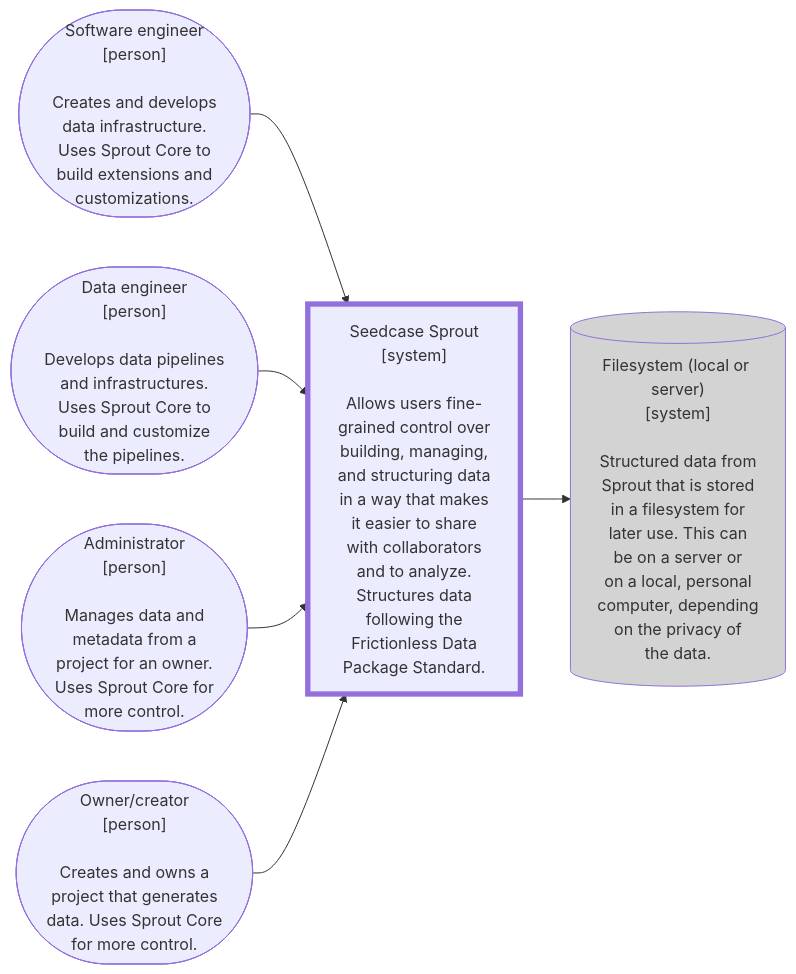
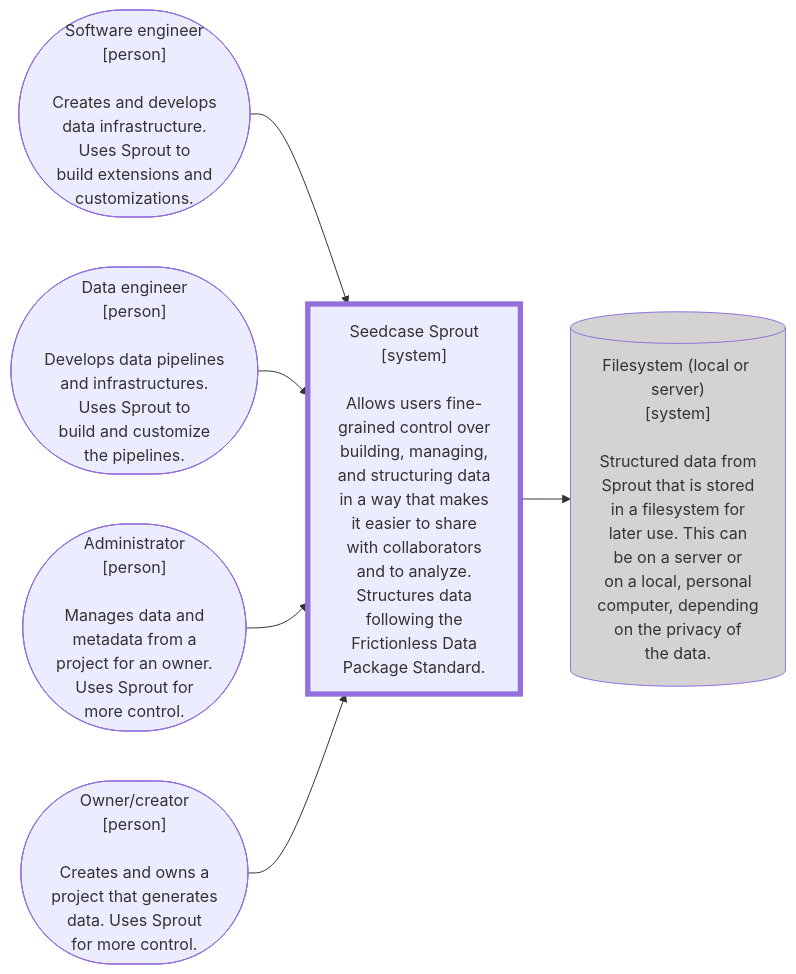
Before and after one commit to signekb/seedcase-sprout: the first of 2 diagrams in docs/design/architecture/c4-models.qmd, drawn with Mermaid. The commit also changed 206 other files, not shown here.

````diff
--- a/docs/design/architecture/c4-models.qmd
+++ b/docs/design/architecture/c4-models.qmd
@@ -30,21 +30,21 @@
 ```{mermaid}
 %%| label: fig-c4-context
 %%| fig-width: 6.3
 %%| fig-cap: "C4 Context diagram showing a very basic overview of Sprout and its anticipated users."
 flowchart LR
-    user_owner(["Owner/creator<br>[person]<br><br>Creates and owns a<br>project that generates<br>data. Uses Sprout Core<br>for more control."])
-    user_admin(["Administrator<br>[person]<br><br>Manages data and<br>metadata from a<br>project for an owner.<br>Uses Sprout Core for<br>more control."])
-    user_swe(["Software engineer<br>[person]<br><br>Creates and develops<br>data infrastructure.<br>Uses Sprout Core to<br>build extensions and<br>customizations."])
-    user_de(["Data engineer<br>[person]<br><br>Develops data pipelines<br>and infrastructures.<br>Uses Sprout Core to<br>build and customize<br>the pipelines."])
+    user_owner(["Owner/creator<br>[person]<br><br>Creates and owns a<br>project that generates<br>data. Uses Sprout<br>for more control."])
+    user_admin(["Administrator<br>[person]<br><br>Manages data and<br>metadata from a<br>project for an owner.<br>Uses Sprout for<br>more control."])
+    user_swe(["Software engineer<br>[person]<br><br>Creates and develops<br>data infrastructure.<br>Uses Sprout to<br>build extensions and<br>customizations."])
+    user_de(["Data engineer<br>[person]<br><br>Develops data pipelines<br>and infrastructures.<br>Uses Sprout to<br>build and customize<br>the pipelines."])
     sprout["Seedcase Sprout<br>[system]<br><br>Allows users fine-<br>grained control over<br>building, managing,<br>and structuring data<br>in a way that makes<br>it easier to share<br>with collaborators<br>and to analyze.<br>Structures data<br>following the<br>Frictionless Data<br>Package Standard."]
     output[("Filesystem (local or server)<br>[system]<br><br>Structured data from<br>Sprout that is stored<br>in a filesystem for<br>later use. This can<br>be on a server or<br>on a local, personal<br>computer, depending<br>on the privacy of<br>the data.")]
 
     user_swe --> sprout:::system
     user_de --> sprout
     user_admin --> sprout
     user_owner --> sprout
     sprout --> output:::external
 
     classDef system stroke-width:4pt
     classDef external fill:lightgrey
 ```
````
